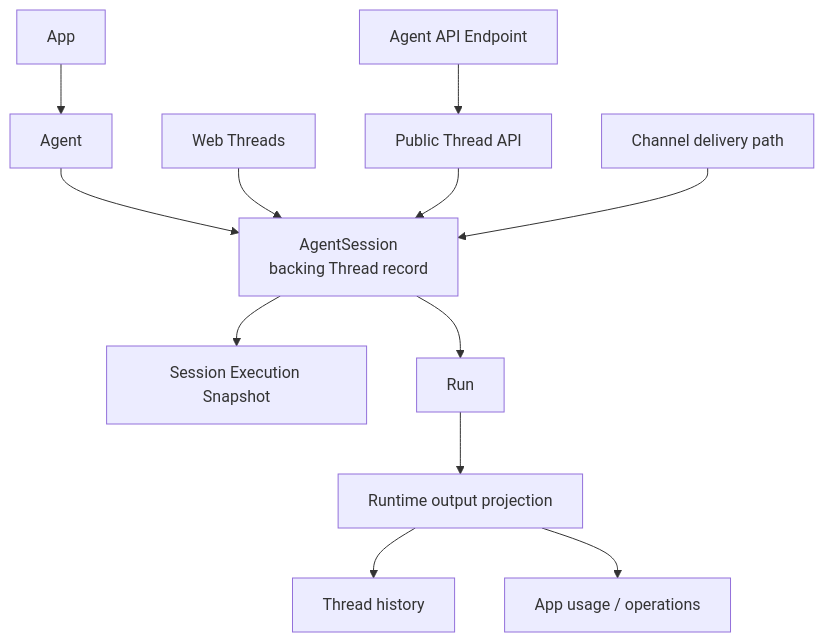
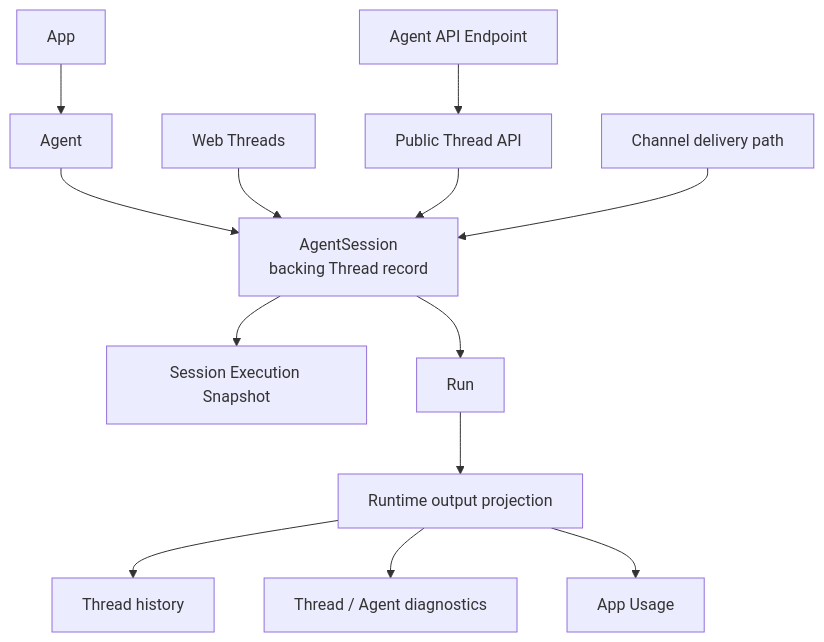
One commit to langgenius/mosoo changed the first of 2 diagrams in docs/prd/agent-session-api.md. Above: the diagram before and after it, drawn with Mermaid. The commit also changed other lines of this file and 66 other files, not shown here.

````diff
--- a/docs/prd/agent-session-api.md
+++ b/docs/prd/agent-session-api.md
@@ -96,16 +101,17 @@
 ```mermaid
 flowchart TD
   App["App"] --> Agent["Agent"]
   Agent --> Session["AgentSession<br/>backing Thread record"]
 
   Web["Web Threads"] --> Session
   Endpoint["Agent API Endpoint"] --> PublicThreadApi["Public Thread API"]
   PublicThreadApi --> Session
   Channel["Channel delivery path"] --> Session
 
   Session --> Snapshot["Session Execution Snapshot"]
   Session --> Run["Run"]
   Run --> Projection["Runtime output projection"]
   Projection --> History["Thread history"]
-  Projection --> Usage["App usage / operations"]
+  Projection --> Diagnostics["Thread / Agent diagnostics"]
+  Projection --> Usage["App Usage"]
 ```
````
